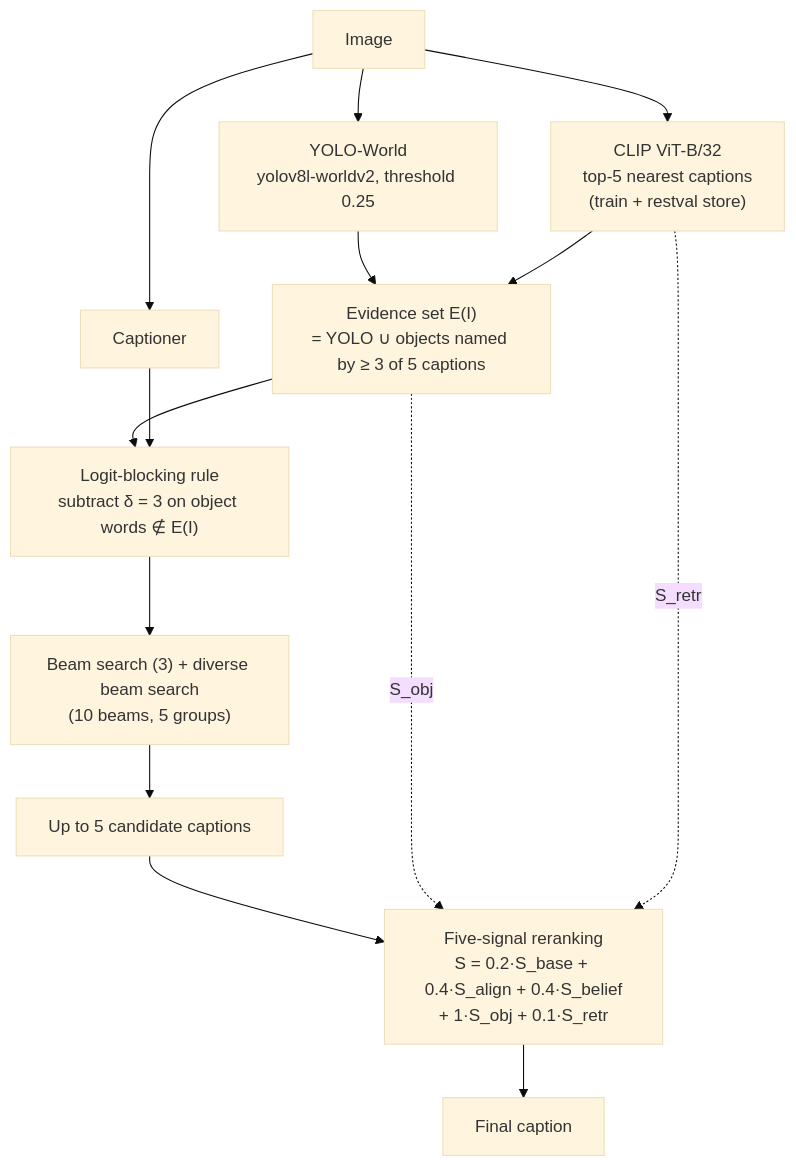
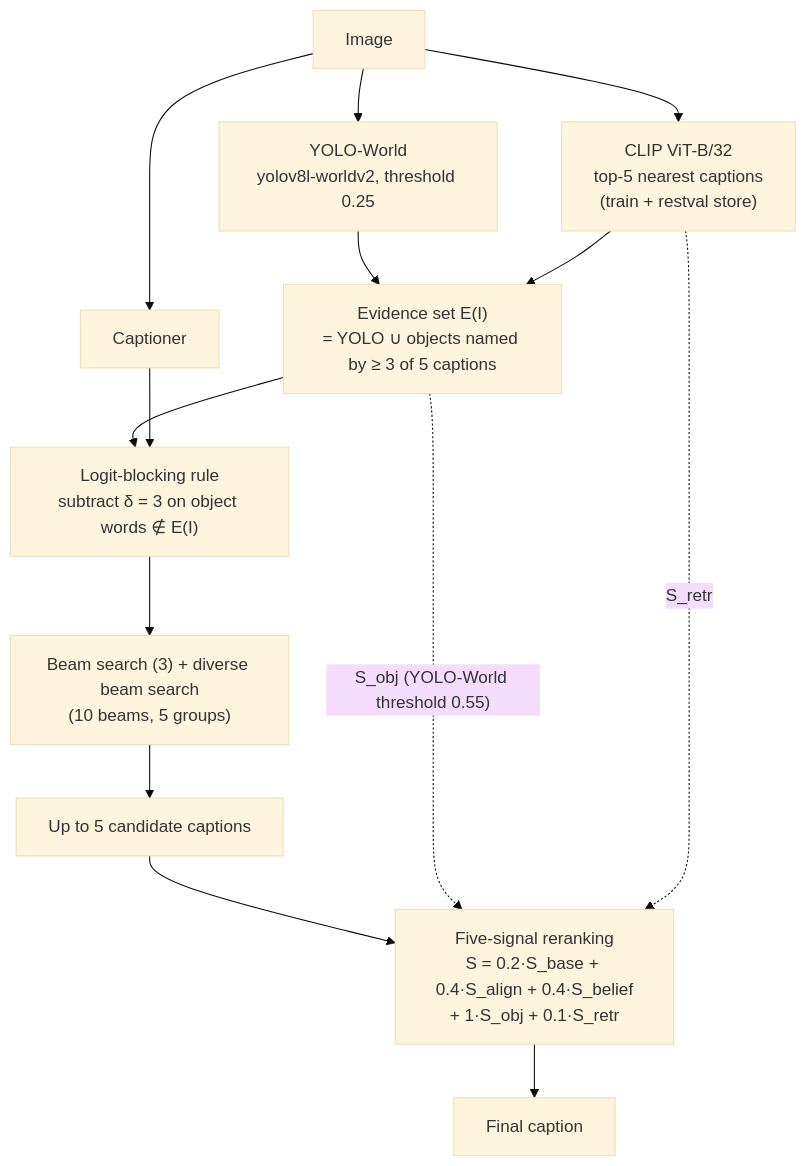
Before and after one commit to Thinha1/Hallucination-Reduce-Image-Captioning: the second of 2 diagrams in README_EN.md, drawn with Mermaid (base theme). The commit also changed other lines of this file and 1 other file, not shown here.

````diff
--- a/README_EN.md
+++ b/README_EN.md
@@ -40,16 +40,16 @@
 ```mermaid
 flowchart TD
     IMG["Image"] --> YOLO["YOLO-World<br/>yolov8l-worldv2, threshold 0.25"]
     IMG --> RET["CLIP ViT-B/32<br/>top-5 nearest captions<br/>(train + restval store)"]
     IMG --> GEN["Captioner"]
     YOLO --> EV["Evidence set E(I)<br/>= YOLO ∪ objects named by ≥ 3 of 5 captions"]
     RET --> EV
     EV --> BLOCK["Logit-blocking rule<br/>subtract δ = 3 on object words ∉ E(I)"]
     GEN --> BLOCK
     BLOCK --> BEAM["Beam search (3) + diverse beam search<br/>(10 beams, 5 groups)"]
     BEAM --> CAND["Up to 5 candidate captions"]
     CAND --> RERANK["Five-signal reranking<br/>S = 0.2·S_base + 0.4·S_align + 0.4·S_belief<br/>+ 1·S_obj + 0.1·S_retr"]
-    EV -. "S_obj" .-> RERANK
+    EV -. "S_obj (YOLO-World threshold 0.55)" .-> RERANK
     RET -. "S_retr" .-> RERANK
     RERANK --> OUT["Final caption"]
 ```
````
